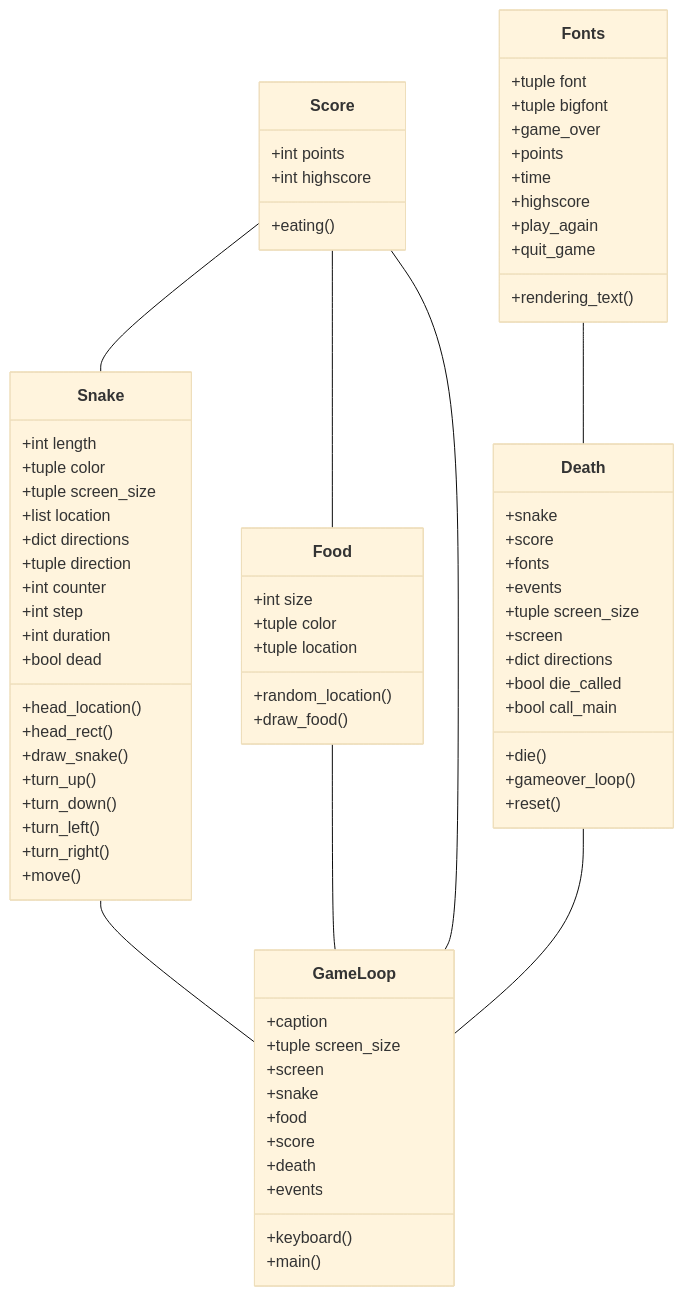
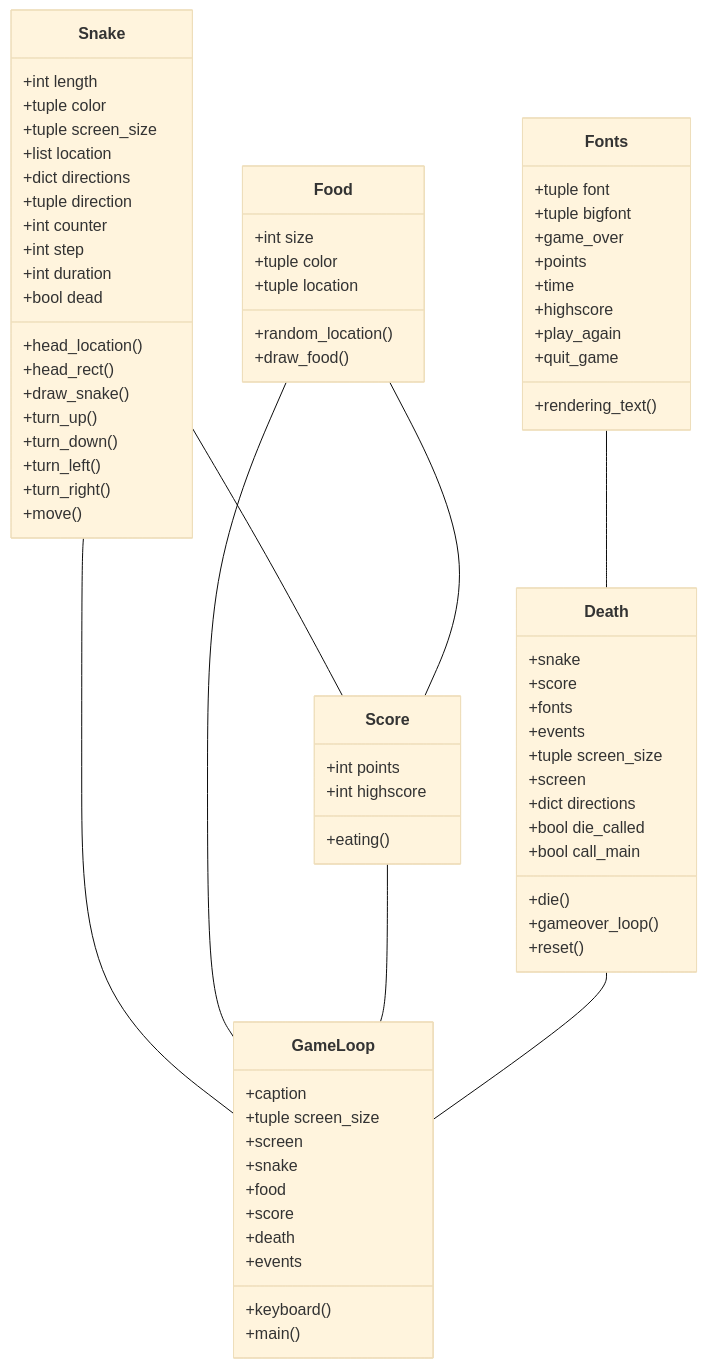
The first of 3 diagrams in dokumentaatio/arkkitehtuuri.md (lottapispa/ot-harjoitystyo), drawn with Mermaid (base theme) before and after one commit.

````diff
--- a/dokumentaatio/arkkitehtuuri.md
+++ b/dokumentaatio/arkkitehtuuri.md
@@ -6,79 +6,79 @@
 ```mermaid
 classDiagram
     Snake -- GameLoop
     Food -- GameLoop
     Score -- GameLoop
     Death -- GameLoop
     Fonts -- Death
-    Score -- Snake
-    Score -- Food
+    Snake -- Score
+    Food -- Score
     class Snake{
         +int length
         +tuple color
         +tuple screen_size
         +list location
         +dict directions
         +tuple direction
         +int counter
         +int step
         +int duration
         +bool dead
         +head_location()
         +head_rect()
         +draw_snake()
         +turn_up()
         +turn_down()
         +turn_left()
         +turn_right()
         +move()
     }
     class Food{
         +int size
         +tuple color
         +tuple location
         +random_location()
         +draw_food()
     }
     class Score{
         +int points
         +int highscore
         +eating()
     }
     class Death{
         +snake
         +score
         +fonts
         +events
         +tuple screen_size
         +screen
         +dict directions
         +bool die_called
         +bool call_main
         +die()
         +gameover_loop()
         +reset()
     }
     class Fonts{
         +tuple font
         +tuple bigfont
         +game_over
         +points
         +time
         +highscore
         +play_again
         +quit_game
         +rendering_text()
     }
     class GameLoop{
         +caption
         +tuple screen_size
         +screen
         +snake
         +food
         +score
         +death
         +events
         +keyboard()
         +main()
     }
 ```
````
